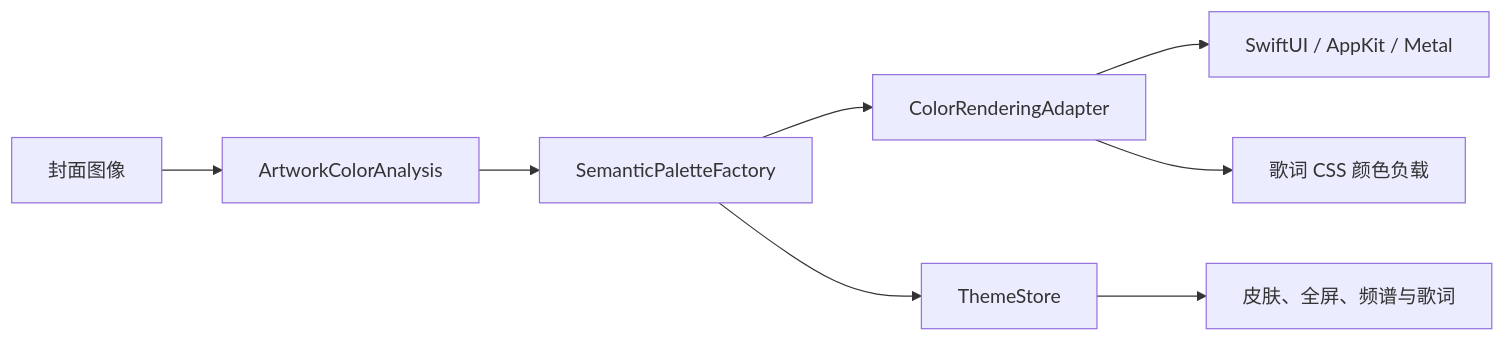
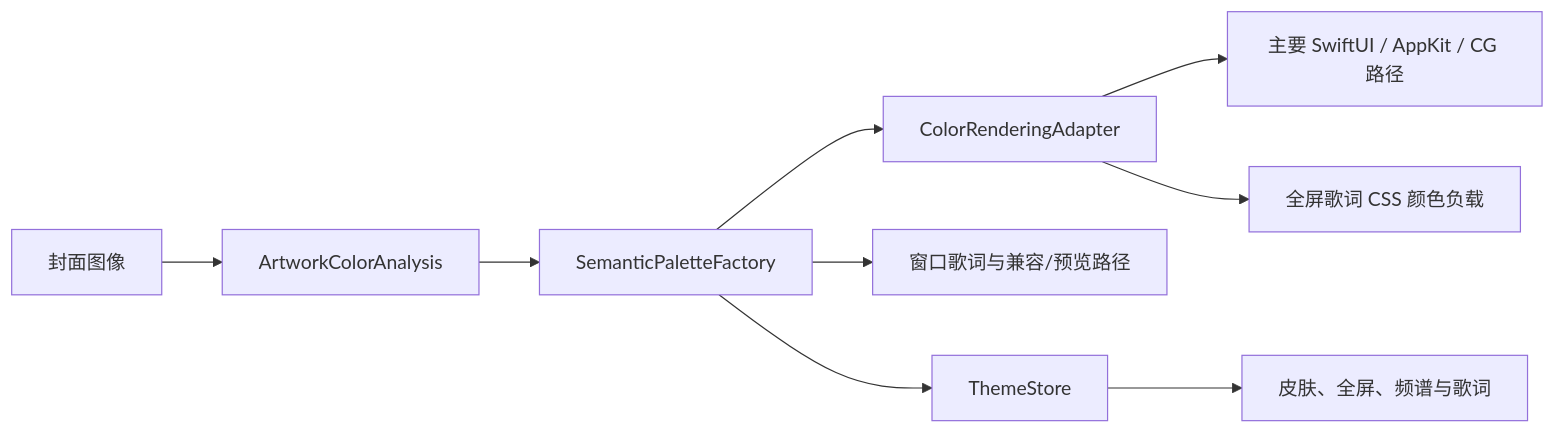
One commit to kmgcc/kmgccc_player changed the diagram in docs/color-system.md. Above: the diagram before and after it, drawn with Mermaid. The commit also changed other lines of this file and 3 other files, not shown here.

````diff
--- a/docs/color-system.md
+++ b/docs/color-system.md
@@ -5,10 +5,11 @@
 ```mermaid
 flowchart LR
     Artwork["封面图像"] --> Analysis["ArtworkColorAnalysis"]
     Analysis --> Palette["SemanticPaletteFactory"]
     Palette --> Adapter["ColorRenderingAdapter"]
-    Adapter --> Native["SwiftUI / AppKit / Metal"]
-    Adapter --> Web["歌词 CSS 颜色负载"]
+    Adapter --> Native["主要 SwiftUI / AppKit / CG 路径"]
+    Adapter --> Web["全屏歌词 CSS 颜色负载"]
+    Palette --> Compat["窗口歌词与兼容/预览路径"]
     Palette --> Store["ThemeStore"]
     Store --> Consumers["皮肤、全屏、频谱与歌词"]
 ```
````
